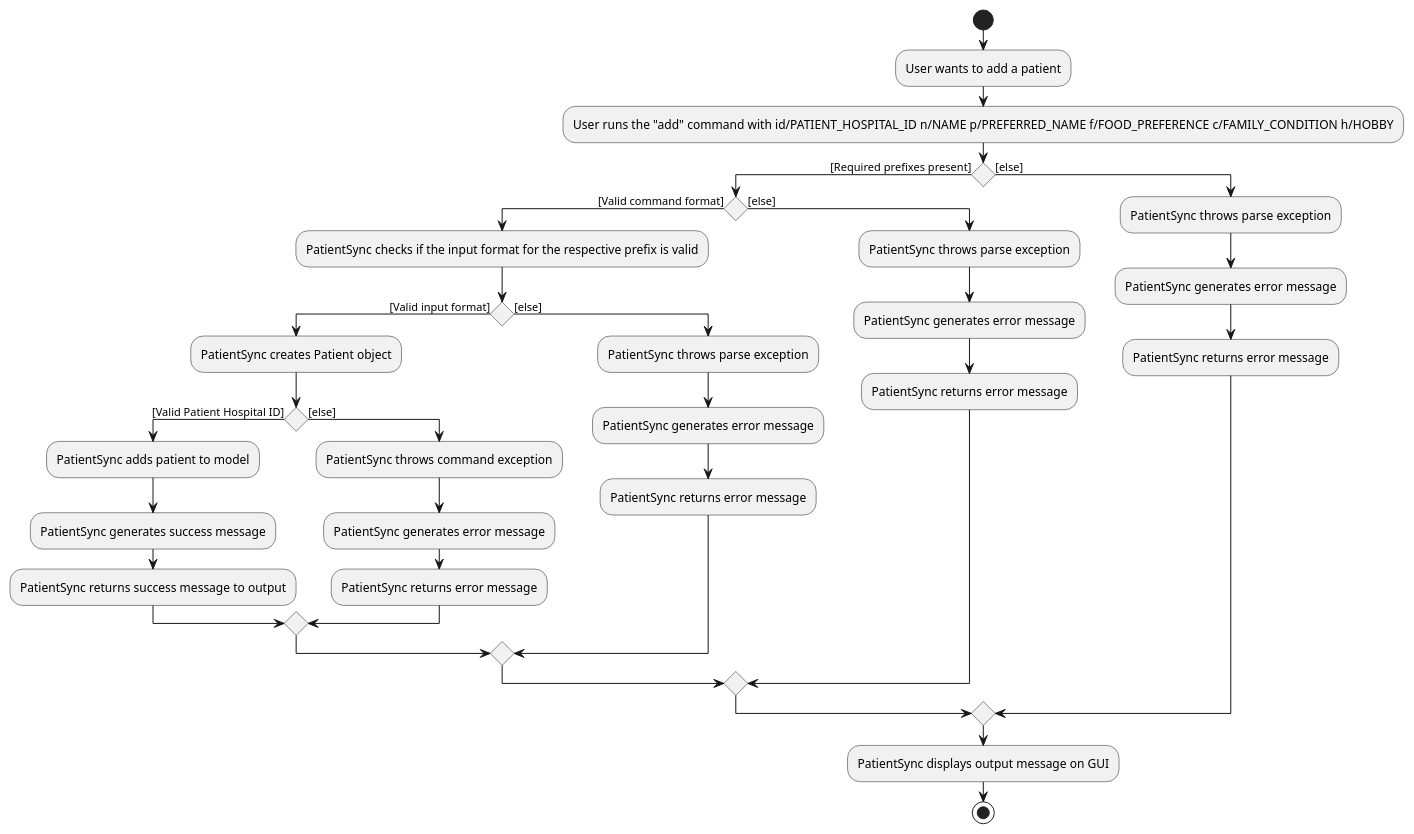
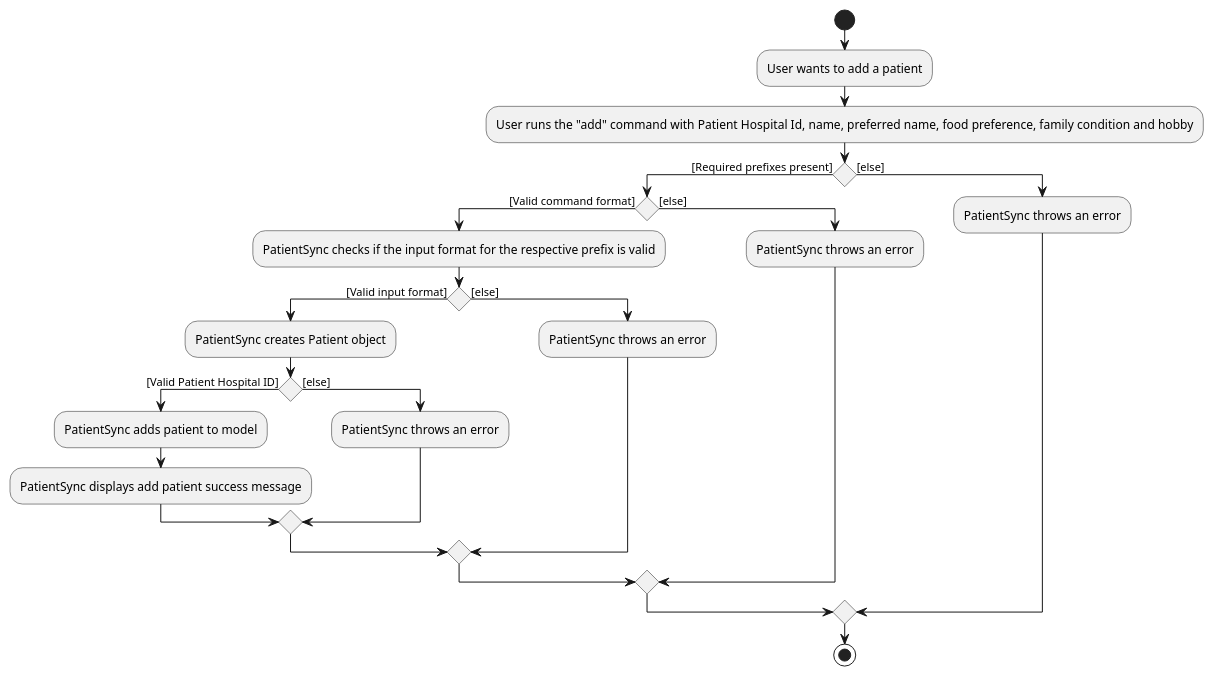
One commit to NeoHW/tp changed the diagram in diagrams/AddActivityDiagram.puml. Above: the diagram before and after it, drawn with PlantUML. The commit also changed 74 other files, not shown here.

```diff
--- a/diagrams/AddActivityDiagram.puml
+++ b/diagrams/AddActivityDiagram.puml
@@ -1,37 +1,27 @@
 @startuml
 
 start
 :User wants to add a patient;
-:User runs the "add" command with id/PATIENT_HOSPITAL_ID n/NAME p/PREFERRED_NAME f/FOOD_PREFERENCE c/FAMILY_CONDITION h/HOBBY;
+:User runs the "add" command with Patient Hospital Id, name, preferred name, food preference, family condition and hobby;
 if () then ([Required prefixes present])
   if () then ([Valid command format])
     :PatientSync checks if the input format for the respective prefix is valid;
     if () then ([Valid input format])
       :PatientSync creates Patient object;
       if () then ([Valid Patient Hospital ID])
         :PatientSync adds patient to model;
-        :PatientSync generates success message;
-        :PatientSync returns success message to output;
+        :PatientSync displays add patient success message;
       else ([else])
-        :PatientSync throws command exception;
-        :PatientSync generates error message;
-        :PatientSync returns error message;
+        :PatientSync throws an error;
       endif
     else ([else])
-      :PatientSync throws parse exception;
-      :PatientSync generates error message;
-      :PatientSync returns error message;
+      :PatientSync throws an error;
     endif
   else ([else])
-    :PatientSync throws parse exception;
-    :PatientSync generates error message;
-    :PatientSync returns error message;
+    :PatientSync throws an error;
   endif
 else ([else])
-  :PatientSync throws parse exception;
-  :PatientSync generates error message;
-  :PatientSync returns error message;
+  :PatientSync throws an error;
 endif
-:PatientSync displays output message on GUI;
 stop
 @enduml
```
